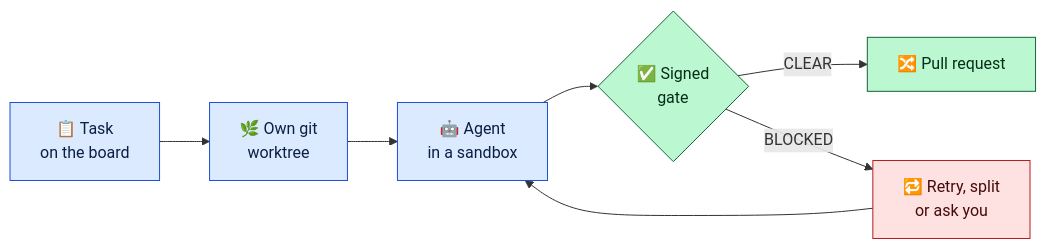
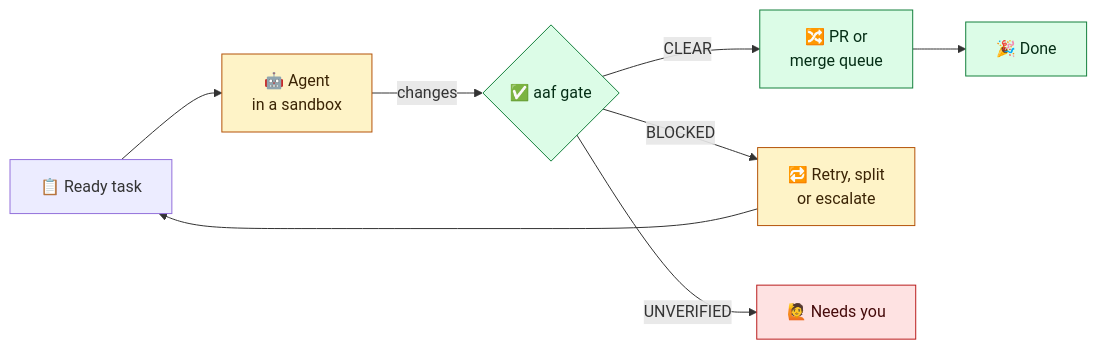
The diagram in README.md (ToanMobile/AutoAgentFactory), drawn with Mermaid before and after one commit. The commit also changed other lines of this file and 2 other files, not shown here.

First line of the commit message:
feat(studio): 'Right now' tiles, task list with filters and actions, clearer text; README screenshot

````diff
--- a/README.md
+++ b/README.md
@@ -21,16 +26,17 @@
 ```mermaid
 flowchart LR
-    A["📋 Task<br/>on the board"] --> B["🌿 Own git<br/>worktree"]
-    B --> C["🤖 Agent<br/>in a sandbox"]
-    C --> D{"✅ Signed<br/>gate"}
-    D -->|CLEAR| E["🔀 Pull request"]
-    D -->|BLOCKED| F["🔁 Retry, split<br/>or ask you"]
-    F --> C
+    A["📋 Ready task"] --> B["🤖 Agent<br/>in a sandbox"]
+    B -->|changes| C{"✅ aaf gate"}
+    C -->|CLEAR| D["🔀 PR or<br/>merge queue"]
+    C -->|BLOCKED| E["🔁 Retry, split<br/>or escalate"]
+    E --> A
+    C -->|UNVERIFIED| F["🙋 Needs you"]
+    D --> G["🎉 Done"]
 
-    classDef step fill:#dbeafe,stroke:#1d4ed8,color:#0b1f44
-    classDef ok fill:#bbf7d0,stroke:#166534,color:#052e16
+    classDef ok fill:#dcfce7,stroke:#15803d,color:#052e16
+    classDef warn fill:#fef3c7,stroke:#b45309,color:#3b2405
     classDef bad fill:#fee2e2,stroke:#b91c1c,color:#450a0a
-    class A,B,C step
-    class D,E ok
+    class C,D,G ok
+    class B,E warn
     class F bad
 ```
````
